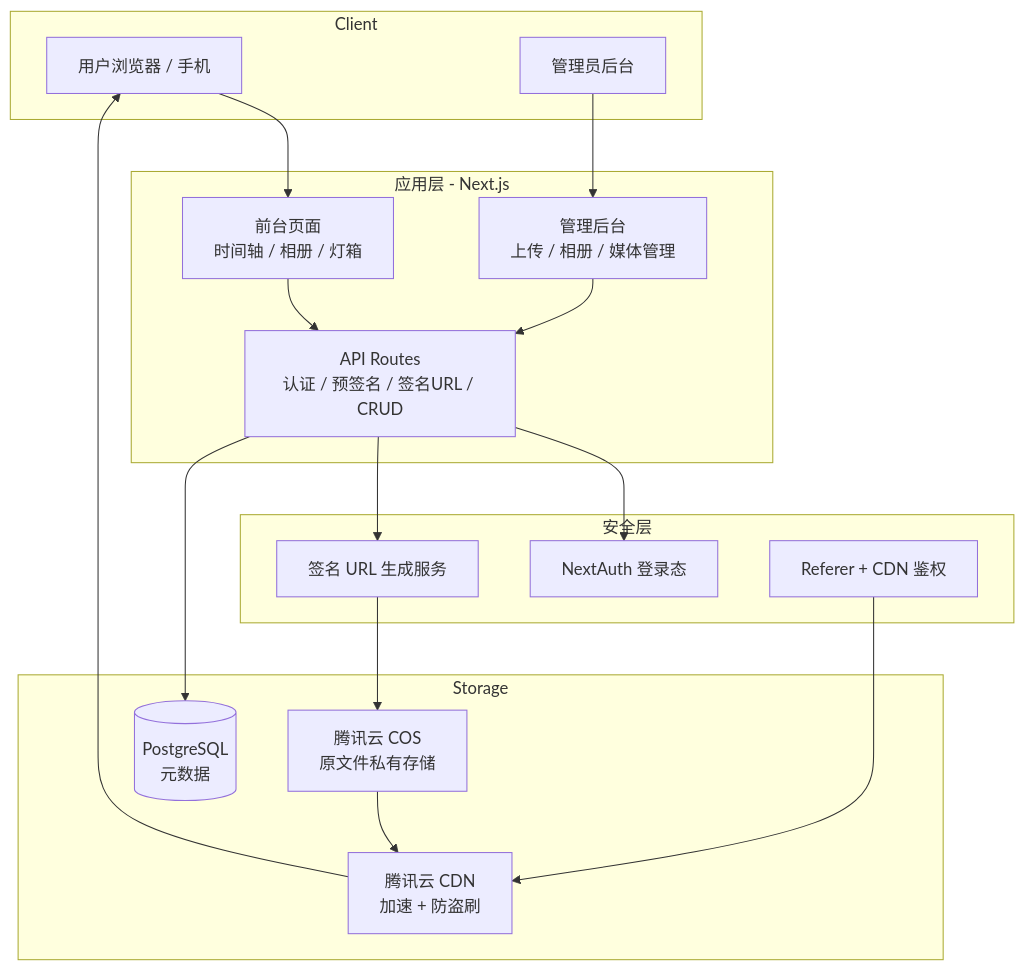
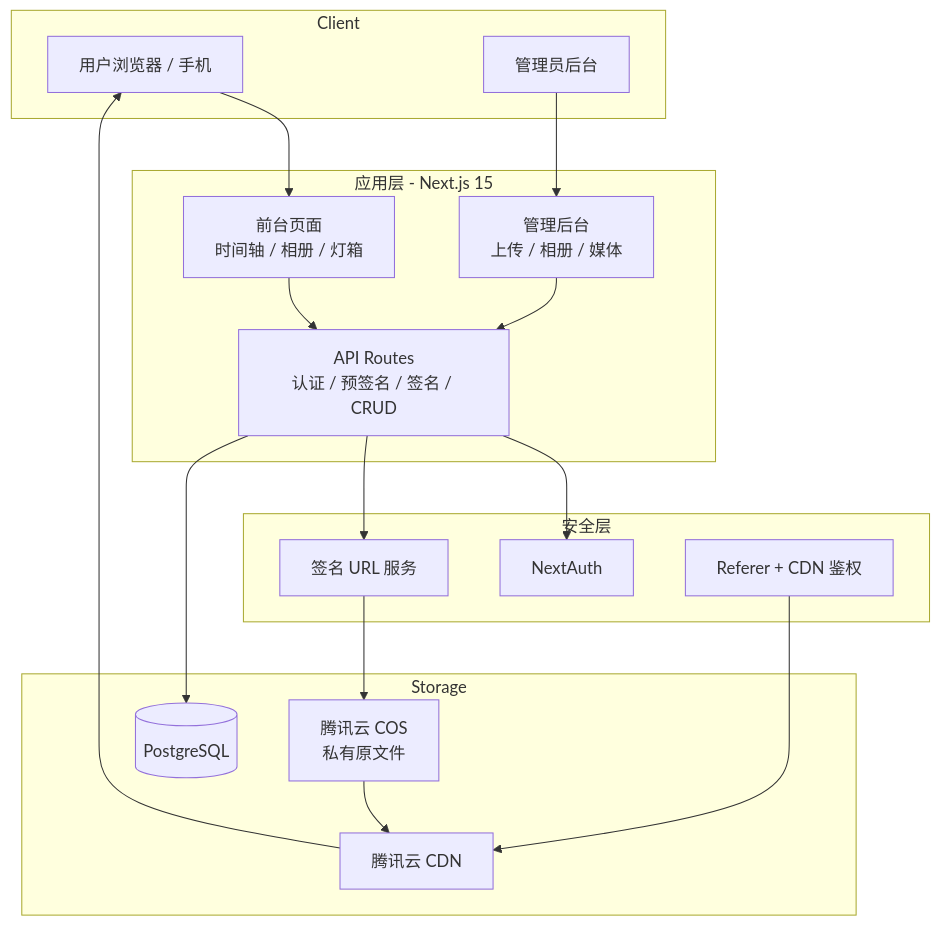
Before and after one commit to 1004cq/cos: the diagram in README.md, drawn with Mermaid. The commit also changed other lines of this file, not shown here.

Commit message:
docs: 全部补充完整技术方案、API、签名代码、部署、UI说明

````diff
--- a/README.md
+++ b/README.md
@@ -27,37 +24,37 @@
 ```mermaid
 graph TB
     subgraph Client
         A[用户浏览器 / 手机]
         B[管理员后台]
     end
 
-    subgraph Application[应用层 - Next.js]
+    subgraph Application[应用层 - Next.js 15]
         C[前台页面<br/>时间轴 / 相册 / 灯箱]
-        D[管理后台<br/>上传 / 相册 / 媒体管理]
-        E[API Routes<br/>认证 / 预签名 / 签名URL / CRUD]
+        D[管理后台<br/>上传 / 相册 / 媒体]
+        E[API Routes<br/>认证 / 预签名 / 签名 / CRUD]
     end
 
     subgraph Security[安全层]
-        F[NextAuth 登录态]
-        G[签名 URL 生成服务]
+        F[NextAuth]
+        G[签名 URL 服务]
         H[Referer + CDN 鉴权]
     end
 
     subgraph Storage
-        I[(PostgreSQL<br/>元数据)]
-        J[腾讯云 COS<br/>原文件私有存储]
-        K[腾讯云 CDN<br/>加速 + 防盗刷]
+        I[(PostgreSQL)]
+        J[腾讯云 COS<br/>私有原文件]
+        K[腾讯云 CDN]
     end
 
     A --> C
     B --> D
     C --> E
     D --> E
     E --> F
     E --> G
     G --> J
     E --> I
     J --> K
     K --> A
     H --> K
 ```
````
